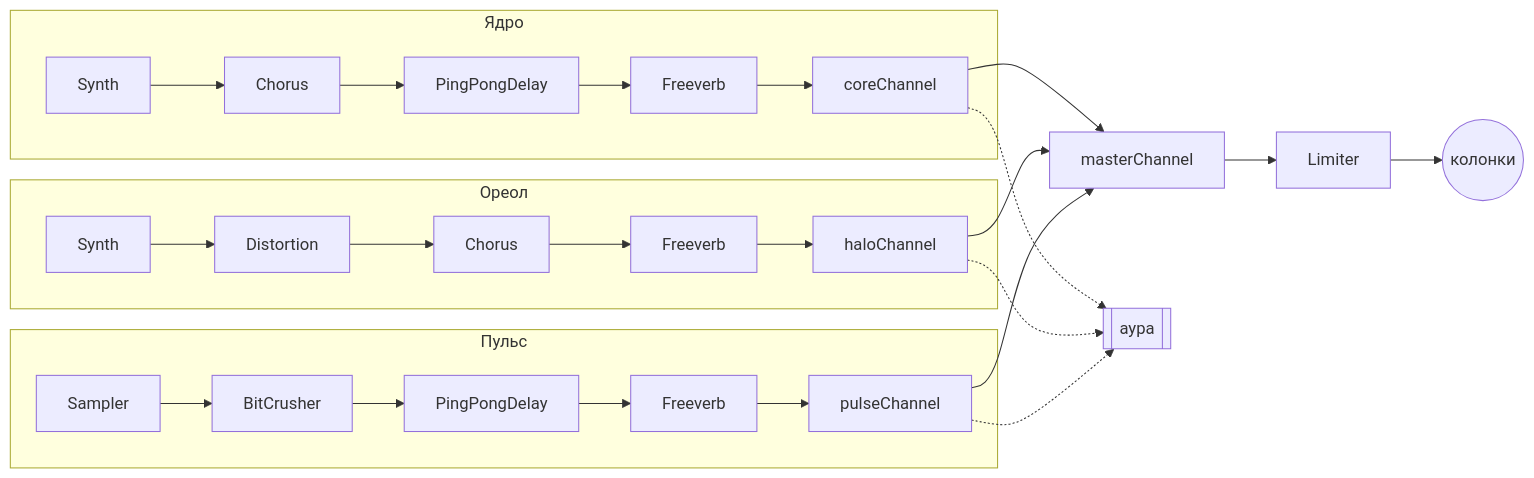
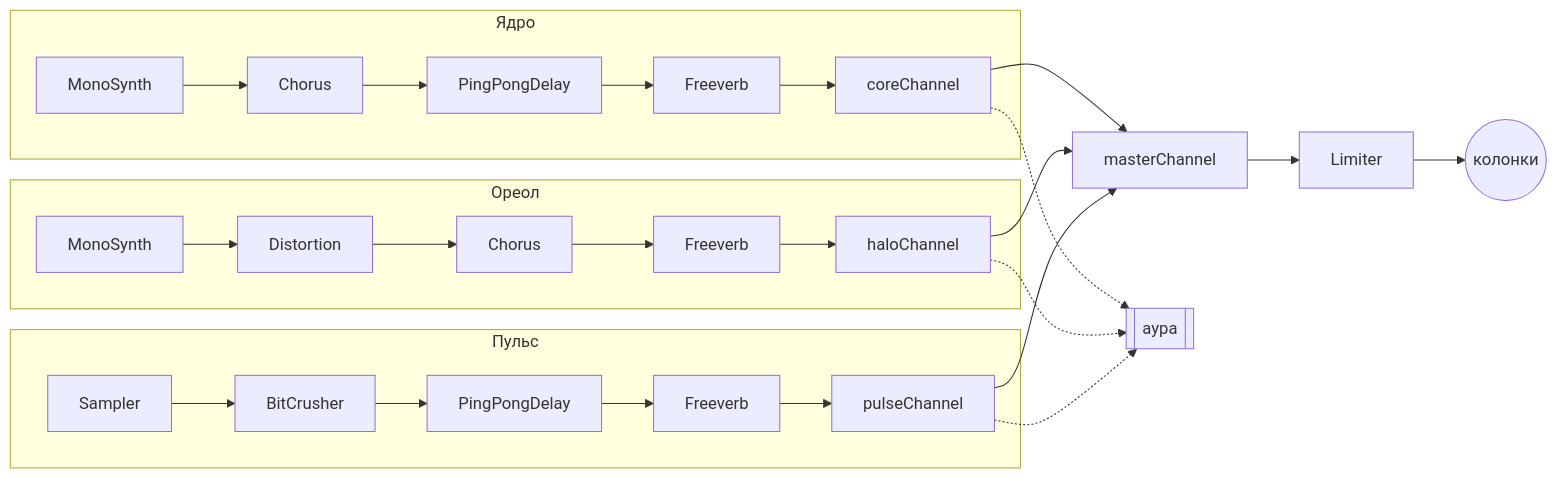
One commit to dashulyamorozova07-blip/Aura-synth changed the diagram in README.md. Above: the diagram before and after it, drawn with Mermaid. The commit also changed other lines of this file, not shown here.

````diff
--- a/README.md
+++ b/README.md
@@ -26,19 +59,19 @@
 ```mermaid
 flowchart LR
   subgraph Ядро
-    CS[Synth] --> CC[Chorus] --> CD[PingPongDelay] --> CR[Freeverb] --> CCH[coreChannel]
+    CS[MonoSynth] --> CC[Chorus] --> CD[PingPongDelay] --> CR[Freeverb] --> CCH[coreChannel]
   end
   subgraph Ореол
-    HS[Synth] --> HD[Distortion] --> HC[Chorus] --> HR[Freeverb] --> HCH[haloChannel]
+    HS[MonoSynth] --> HD[Distortion] --> HC[Chorus] --> HR[Freeverb] --> HCH[haloChannel]
   end
   subgraph Пульс
     PS[Sampler] --> PB[BitCrusher] --> PD[PingPongDelay] --> PR[Freeverb] --> PCH[pulseChannel]
   end
   CCH --> M[masterChannel]
   HCH --> M
   PCH --> M
   M --> L[Limiter] --> OUT((колонки))
   CCH -.-> A[[аура]]
   HCH -.-> A
   PCH -.-> A
 ```
````
